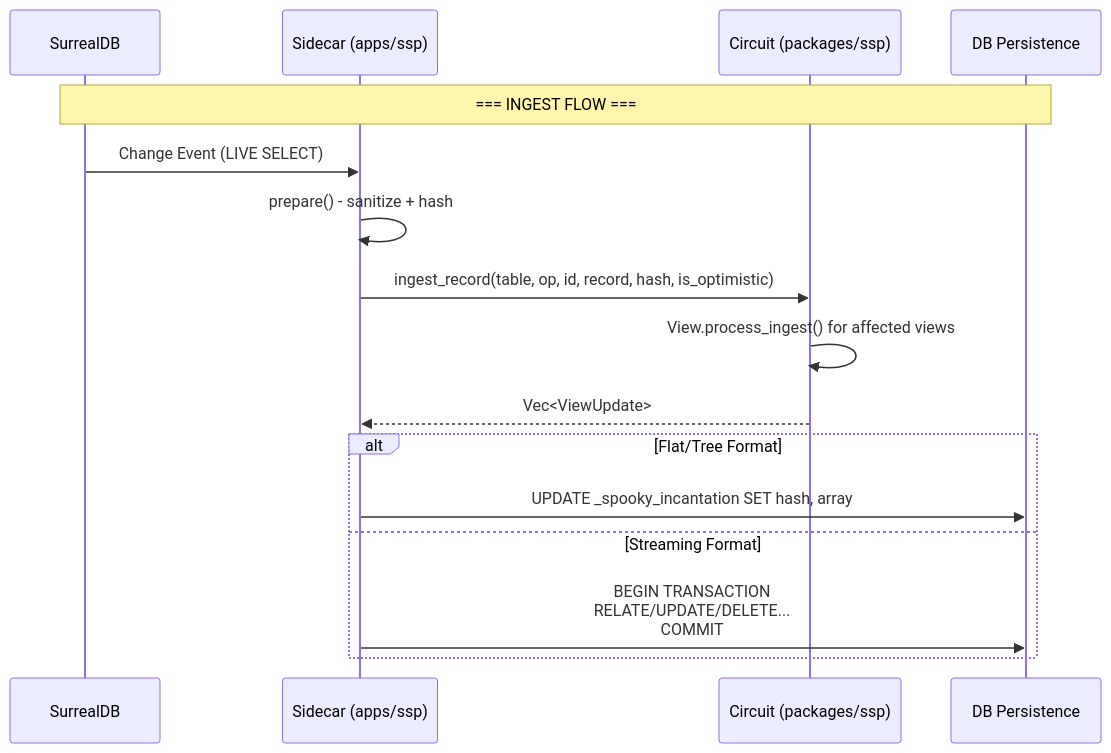
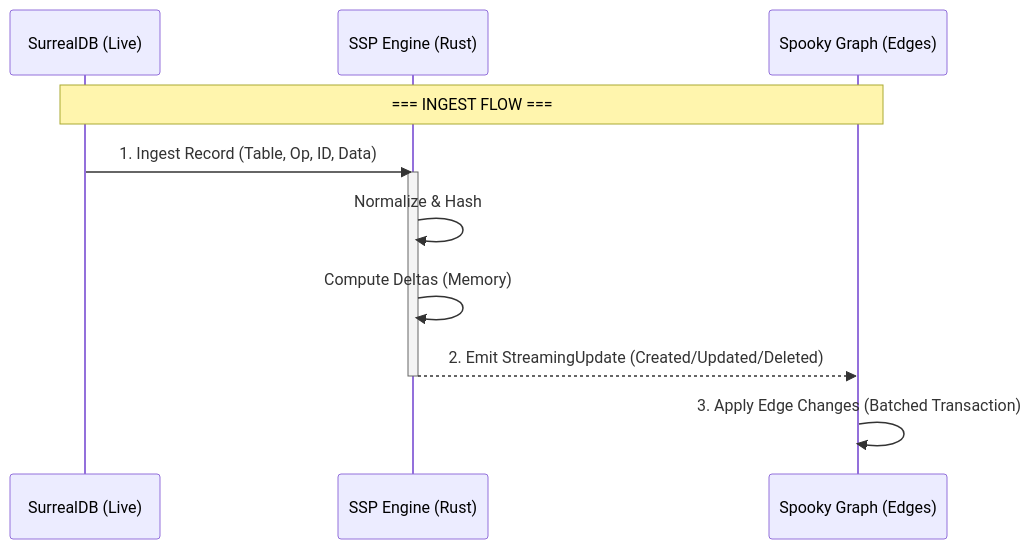
The diagram in packages/ssp/README.md (mono424/spooky), drawn with Mermaid before and after one commit. The commit also changed other lines of this file, not shown here.

Commit message:
docs(ssp): update library readme with streaming-first architecture

````diff
--- a/packages/ssp/README.md
+++ b/packages/ssp/README.md
@@ -21,21 +36,17 @@
 ```mermaid
 sequenceDiagram
-    participant DB as SurrealDB
-    participant SC as Sidecar (apps/ssp)
-    participant DBSP as Circuit (packages/ssp)
-    participant OUT as DB Persistence
+    participant Source as SurrealDB (Live)
+    participant Engine as SSP Engine (Rust)
+    participant State as Spooky Graph (Edges)
 
-    Note over DB,OUT: === INGEST FLOW ===
+    Note over Source, State: === INGEST FLOW ===
 
-    DB->>SC: Change Event (LIVE SELECT)
-    SC->>SC: prepare() - sanitize + hash
-    SC->>DBSP: ingest_record(table, op, id, record, hash, is_optimistic)
-    DBSP->>DBSP: View.process_ingest() for affected views
-    DBSP-->>SC: Vec<ViewUpdate>
+    Source->>Engine: 1. Ingest Record (Table, Op, ID, Data)
+    activate Engine
+    Engine->>Engine: Normalize & Hash
+    Engine->>Engine: Compute Deltas (Memory)
+    Engine-->>State: 2. Emit StreamingUpdate (Created/Updated/Deleted)
+    deactivate Engine
 
-    alt Flat/Tree Format
-        SC->>OUT: UPDATE _spooky_incantation SET hash, array
-    else Streaming Format
-        SC->>OUT: BEGIN TRANSACTION<br/>RELATE/UPDATE/DELETE...<br/>COMMIT
-    end
+    State->>State: 3. Apply Edge Changes (Batched Transaction)
 ```
````
